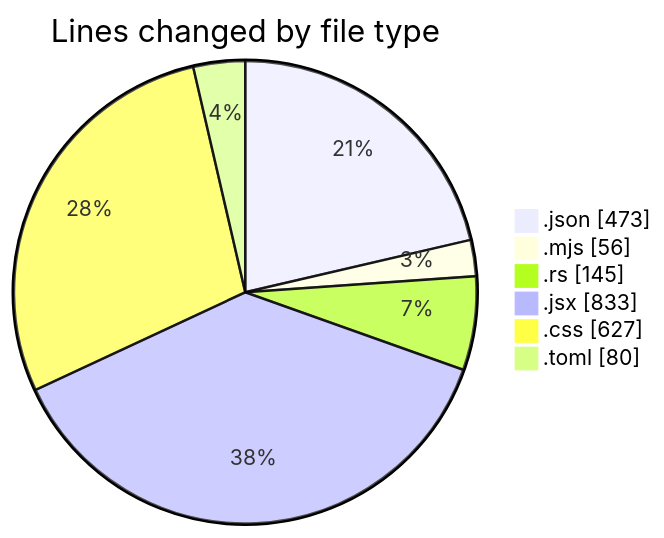
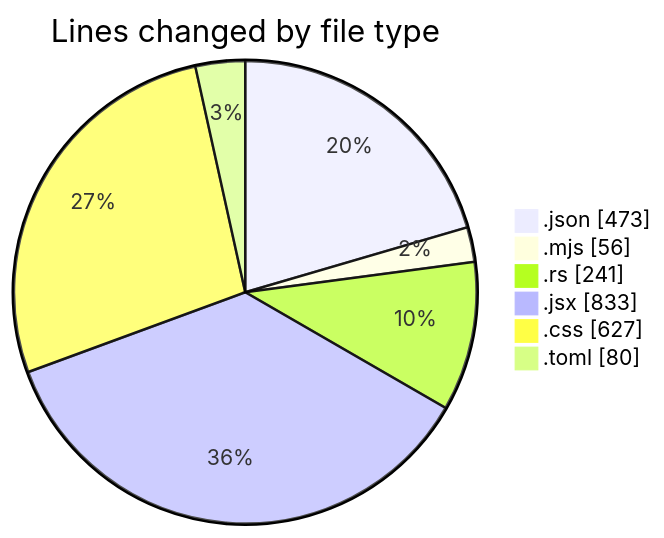
One commit to charlie-sans/code-tracking changed the first of 2 diagrams in 2025-01-28/trollerboard/README.md. Above: the diagram before and after it, drawn with Mermaid. The commit also changed other lines of this file and 1 other file, not shown here.

````diff
--- a/2025-01-28/trollerboard/README.md
+++ b/2025-01-28/trollerboard/README.md
@@ -30,10 +30,10 @@
 ```mermaid
 pie showData
 title Lines changed by file type
 ".json" : 473
 ".mjs" : 56
-".rs" : 145
+".rs" : 241
 ".jsx" : 833
 ".css" : 627
 ".toml" : 80
 ```
````
